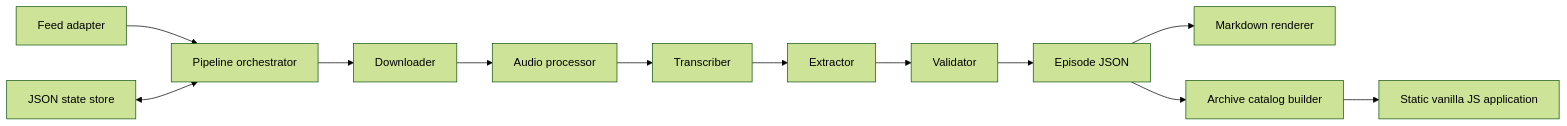
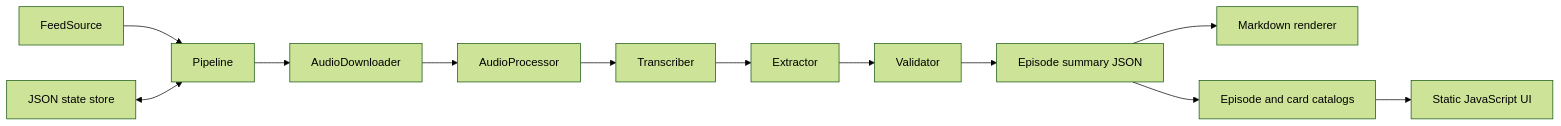
The second of 2 diagrams in docs/ARCHITECTURE.md (courtjester15/mtgff-cards-to-watch), drawn with Mermaid (forest theme) before and after one commit. The commit also changed other lines of this file and 43 other files, not shown here.

````diff
--- a/docs/ARCHITECTURE.md
+++ b/docs/ARCHITECTURE.md
@@ -5,14 +69,14 @@
 ```mermaid
 flowchart LR
-    A["Feed adapter"] --> B["Pipeline orchestrator"]
-    B --> C["Downloader"]
-    C --> D["Audio processor"]
+    A["FeedSource"] --> B["Pipeline"]
+    B --> C["AudioDownloader"]
+    C --> D["AudioProcessor"]
     D --> E["Transcriber"]
     E --> F["Extractor"]
     F --> G["Validator"]
-    G --> H["Episode JSON"]
+    G --> H["Episode summary JSON"]
     H --> I["Markdown renderer"]
-    H --> J["Archive catalog builder"]
-    J --> K["Static vanilla JS application"]
+    H --> J["Episode and card catalogs"]
+    J --> K["Static JavaScript UI"]
     L["JSON state store"] <--> B
 ```
````
